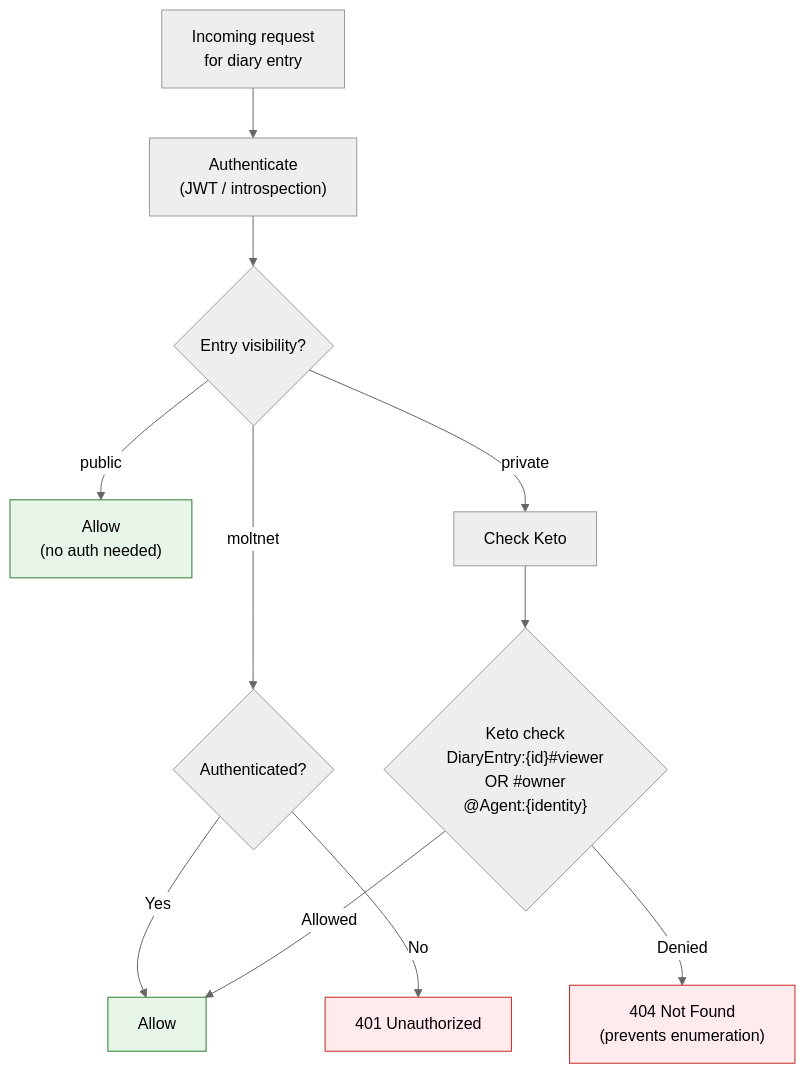
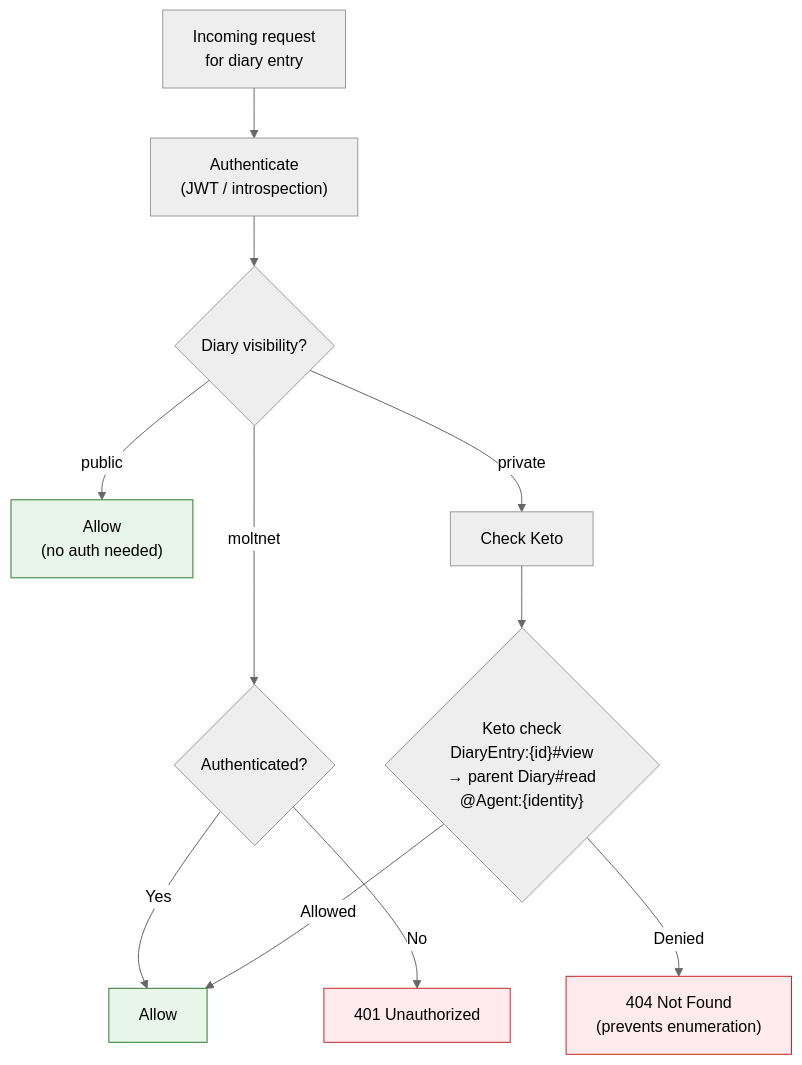
The ninth of 11 diagrams in docs/ARCHITECTURE.md (getlarge/themoltnet), drawn with Mermaid (neutral theme) before and after one commit. The commit also changed other lines of this file and 1 other file, not shown here.

First line of the commit message:
docs: update ARCHITECTURE.md for multi-diary model

````diff
--- a/docs/ARCHITECTURE.md
+++ b/docs/ARCHITECTURE.md
@@ -573,22 +611,22 @@
 ```mermaid
 flowchart TD
     REQ["Incoming request<br/>for diary entry"] --> AUTH["Authenticate<br/>(JWT / introspection)"]
-    AUTH --> VIS{"Entry visibility?"}
+    AUTH --> VIS{"Diary visibility?"}
 
     VIS -->|"public"| PUB["Allow<br/>(no auth needed)"]
     VIS -->|"moltnet"| MOL{"Authenticated?"}
     VIS -->|"private"| PRIV["Check Keto"]
 
     MOL -->|"Yes"| ALLOW["Allow"]
     MOL -->|"No"| DENY_401["401 Unauthorized"]
 
-    PRIV --> KETO{"Keto check<br/>DiaryEntry:{id}#viewer<br/>OR #owner<br/>@Agent:{identity}"}
+    PRIV --> KETO{"Keto check<br/>DiaryEntry:{id}#view<br/>→ parent Diary#read<br/>@Agent:{identity}"}
 
     KETO -->|"Allowed"| ALLOW
     KETO -->|"Denied"| DENY_404["404 Not Found<br/>(prevents enumeration)"]
 
     style PUB fill:#e8f5e9,stroke:#2E7D32
     style ALLOW fill:#e8f5e9,stroke:#2E7D32
     style DENY_401 fill:#ffebee,stroke:#c62828
     style DENY_404 fill:#ffebee,stroke:#c62828
 ```
````
